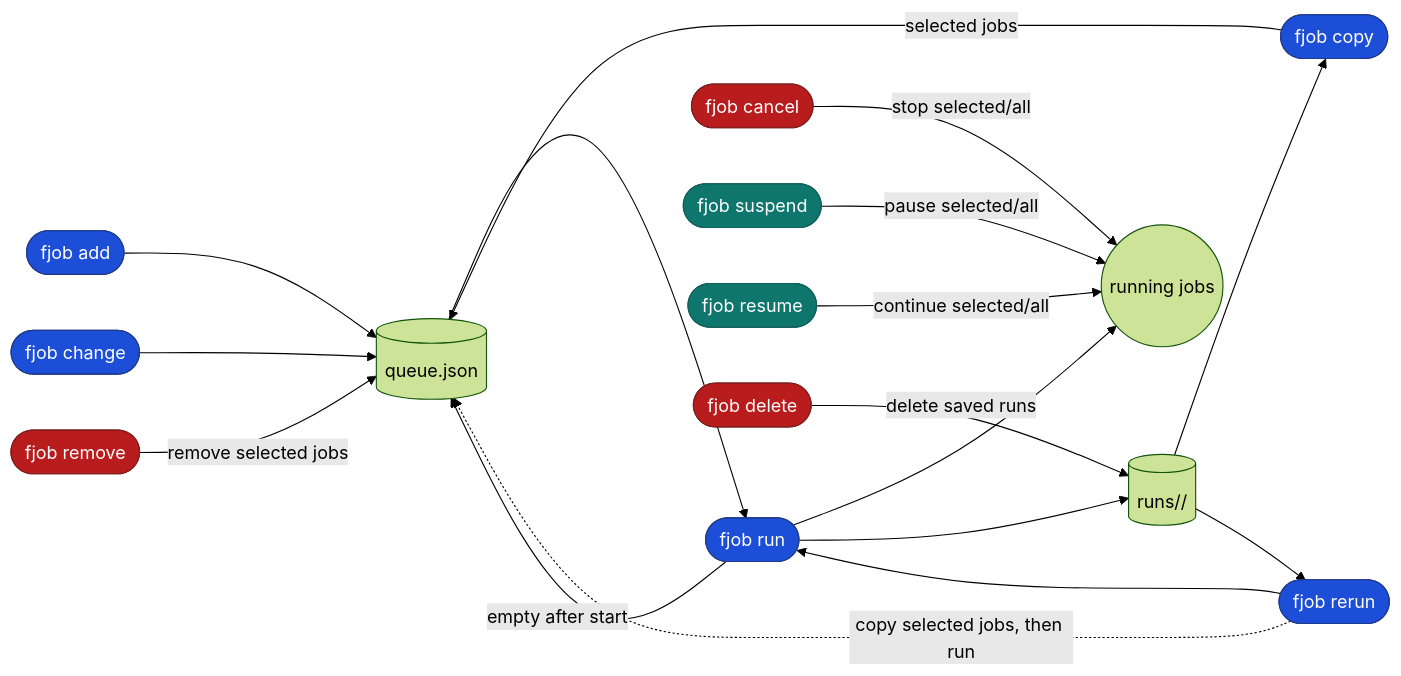
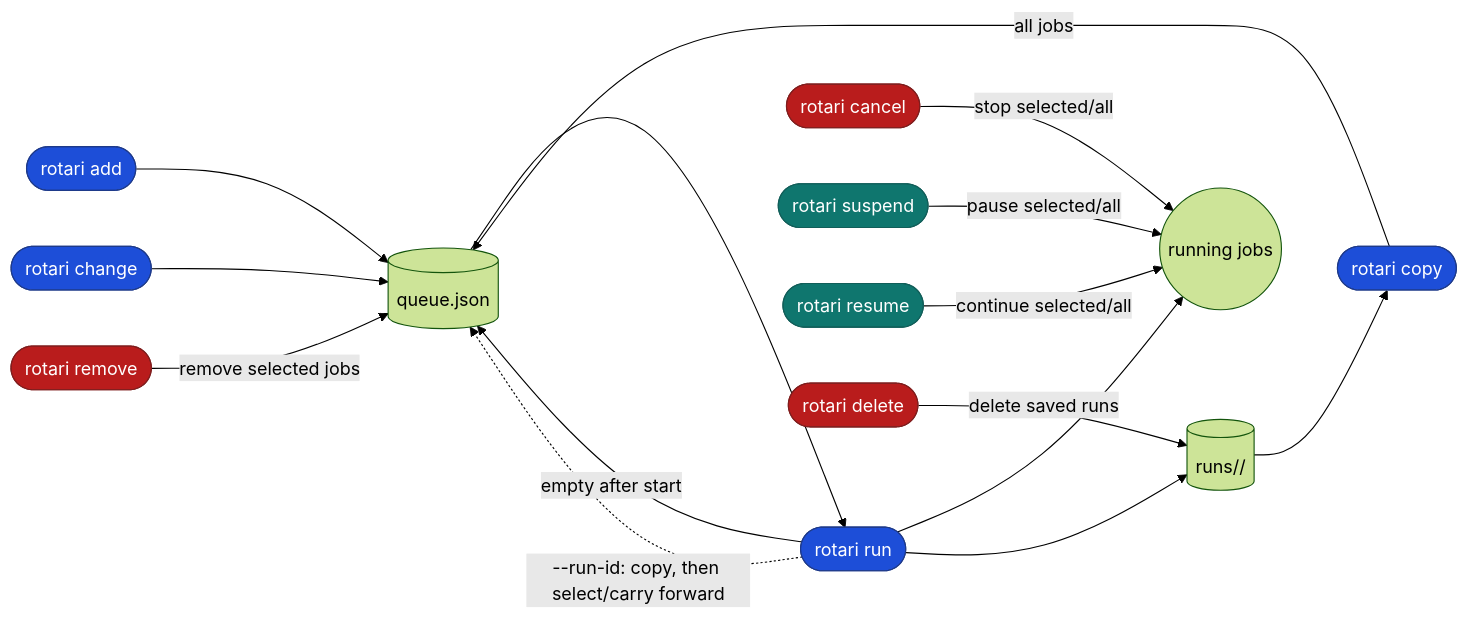
Before and after one commit to kamo-naoyuki/fjob: the second of 2 diagrams in README.md, drawn with Mermaid (forest theme). The commit also changed other lines of this file and 431 other files, not shown here.

Commit message:
rename fjob to rotari

````diff
--- a/README.md
+++ b/README.md
@@ -394,27 +428,25 @@
 ```mermaid
 flowchart LR
-  add([fjob add]) --> queue[(queue.json)]
-  change([fjob change]) --> queue
-  remove([fjob remove]) -->|remove selected jobs| queue
+  add([rotari add]) --> queue[(queue.json)]
+  change([rotari change]) --> queue
+  remove([rotari remove]) -->|remove selected jobs| queue
 
-  queue --> run([fjob run])
+  queue --> run([rotari run])
   run --> active((running jobs))
   run --> history[(runs/<run-id>/)]
   run -->|empty after start| queue
-  history --> copy([fjob copy])
-  copy -->|selected jobs| queue
-  history --> rerun([fjob rerun])
-  rerun -.->|copy selected jobs, then run| queue
-  rerun --> run
-  cancel([fjob cancel]) -->|stop selected/all| active
-  suspend([fjob suspend]) -->|pause selected/all| active
-  resume([fjob resume]) -->|continue selected/all| active
-  delete([fjob delete]) -->|delete saved runs| history
+  history --> copy([rotari copy])
+  copy -->|all jobs| queue
+  run -.->|--run-id: copy, then select/carry forward| queue
+  cancel([rotari cancel]) -->|stop selected/all| active
+  suspend([rotari suspend]) -->|pause selected/all| active
+  resume([rotari resume]) -->|continue selected/all| active
+  delete([rotari delete]) -->|delete saved runs| history
 
   classDef edit fill:#1d4ed8,stroke:#1e3a8a,color:#ffffff
   classDef control fill:#0f766e,stroke:#115e59,color:#ffffff
   classDef destructive fill:#b91c1c,stroke:#7f1d1d,color:#ffffff
-  class add,change,run,copy,rerun edit
+  class add,change,run,copy edit
   class suspend,resume control
   class remove,cancel,delete destructive
 ```
````
